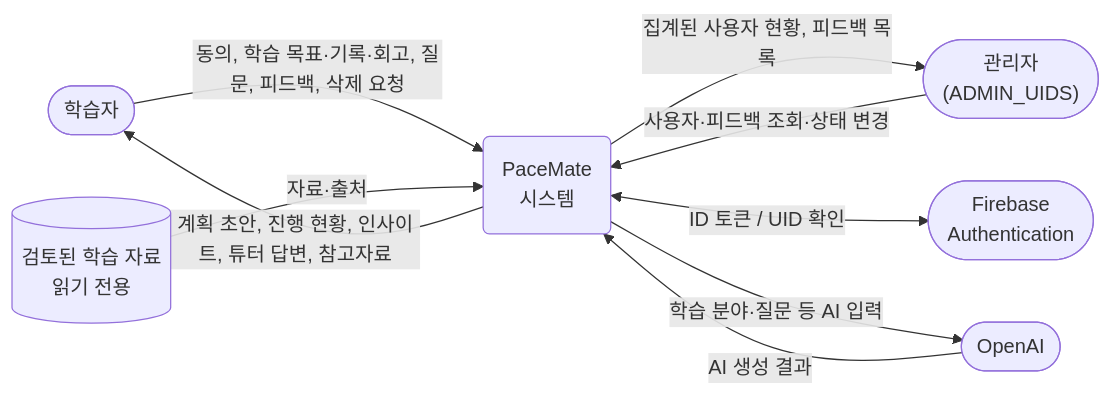
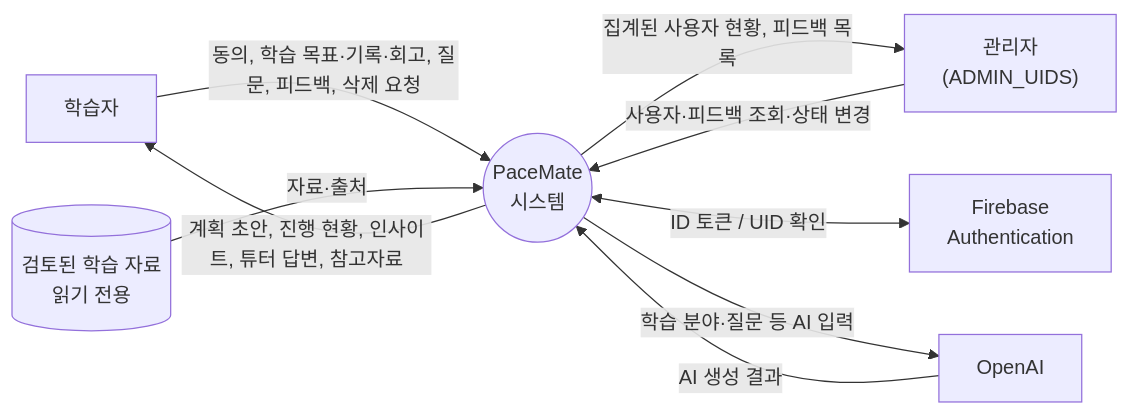
One commit to yong05610/ai-n-fprj changed the third of 12 diagrams in docs/architecture_dfd.md. Above: the diagram before and after it, drawn with Mermaid. The commit also changed other lines of this file, not shown here.

````diff
--- a/docs/architecture_dfd.md
+++ b/docs/architecture_dfd.md
@@ -78,18 +78,18 @@
 ```mermaid
 flowchart LR
-    L(["학습자"])
-    AD(["관리자<br/>(ADMIN_UIDS)"])
-    FB(["Firebase<br/>Authentication"])
-    OAI(["OpenAI"])
-    SYS("PaceMate<br/>시스템")
+    L["학습자"]
+    AD["관리자<br/>(ADMIN_UIDS)"]
+    FB["Firebase<br/>Authentication"]
+    OAI["OpenAI"]
+    SYS(("PaceMate<br/>시스템"))
     DOC[("검토된 학습 자료<br/>읽기 전용")]
 
     L -->|"동의, 학습 목표·기록·회고, 질문, 피드백, 삭제 요청"| SYS
     SYS -->|"계획 초안, 진행 현황, 인사이트, 튜터 답변, 참고자료"| L
     AD -->|"사용자·피드백 조회·상태 변경"| SYS
     SYS -->|"집계된 사용자 현황, 피드백 목록"| AD
     SYS <-->|"ID 토큰 / UID 확인"| FB
     SYS -->|"학습 분야·질문 등 AI 입력"| OAI
     OAI -->|"AI 생성 결과"| SYS
     DOC -->|"자료·출처"| SYS
 ```
````
